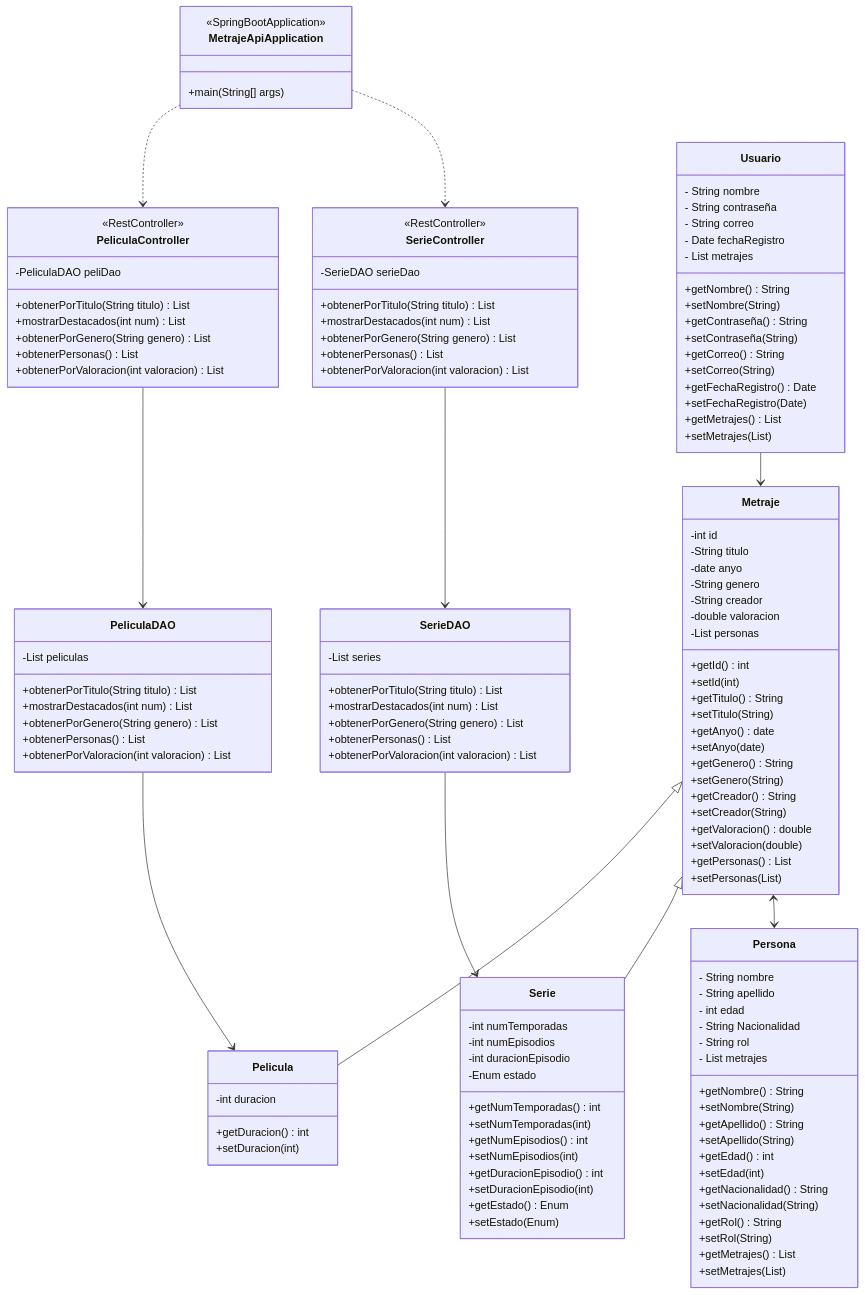
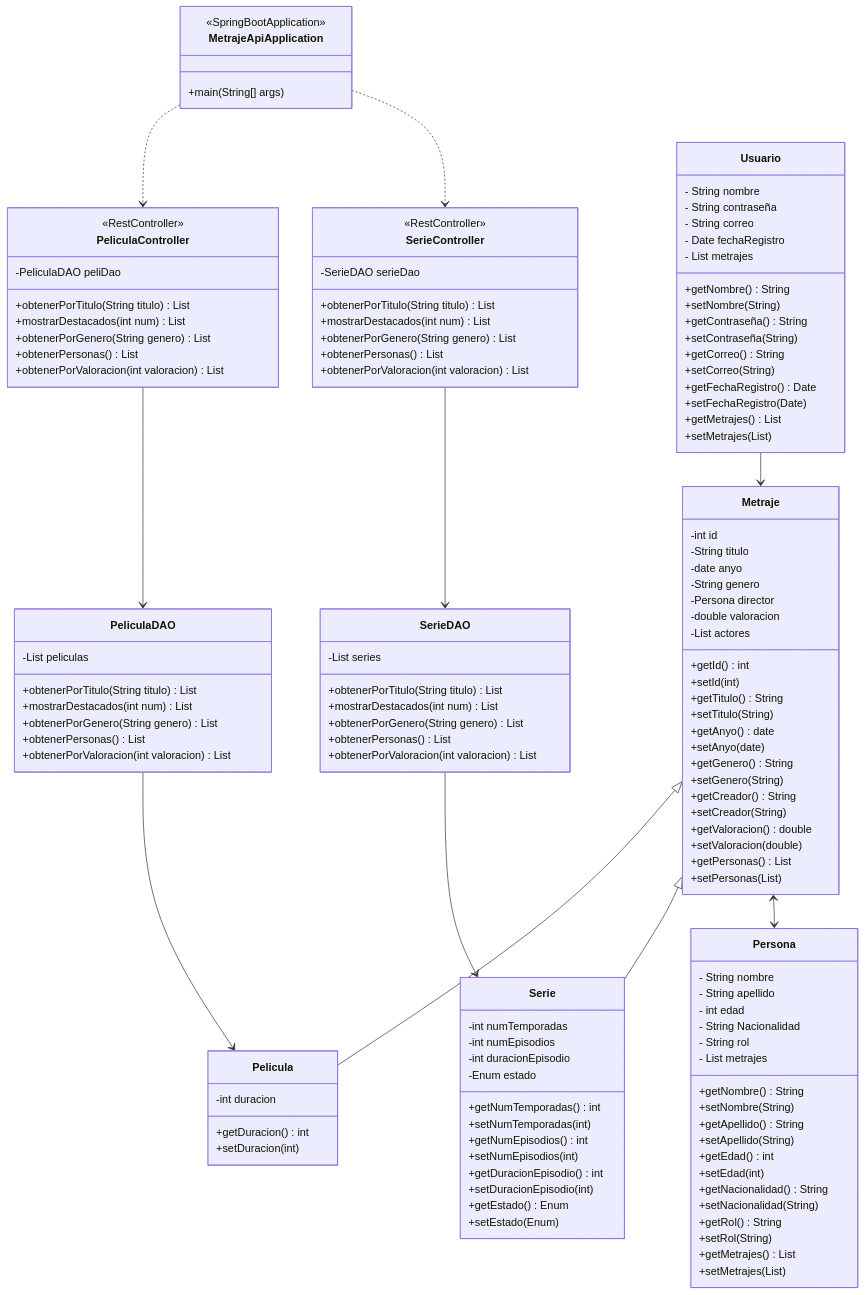
The diagram in diseño/diagrama_clase.md (JesusCanas/PlotTwist), drawn with Mermaid before and after one commit. The commit also changed 7 other files, not shown here.

Commit message:
Creado clases modelo y modificado diagrama de clases

```diff
--- a/diseño/diagrama_clase.md
+++ b/diseño/diagrama_clase.md
@@ -6,9 +6,9 @@
         -String titulo
         -date anyo
         -String genero
-        -String creador
+        -Persona director
         -double valoracion
-        -List <Persona> personas
+        -List <Persona> actores
         +getId() int
         +setId(int)
         +getTitulo() String
```
